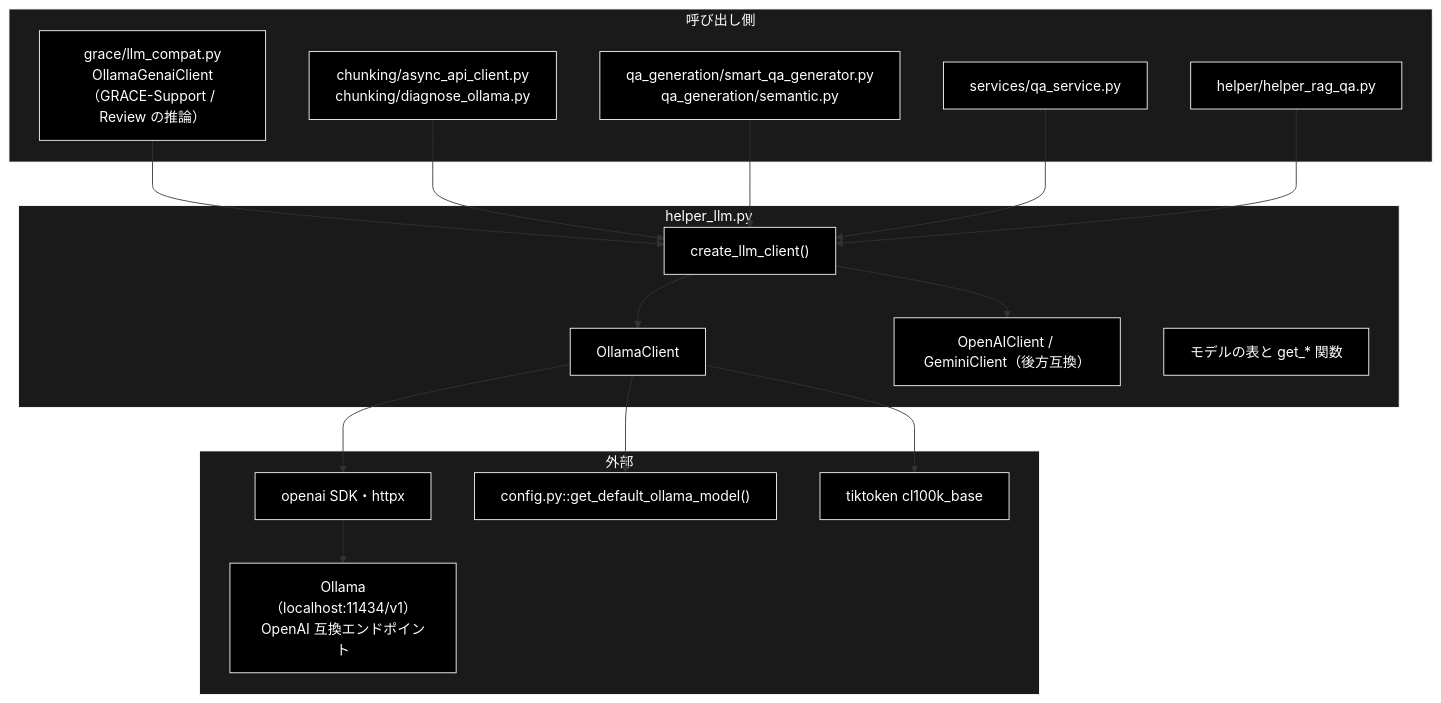
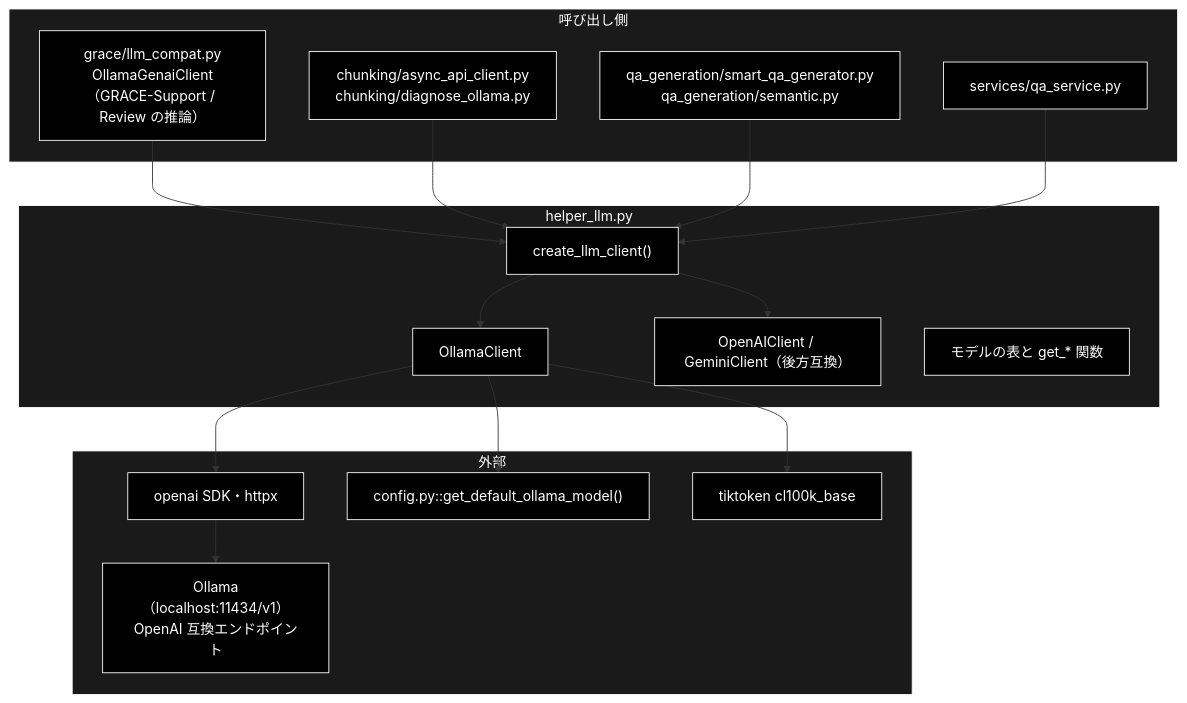
Before and after one commit to nakashima2toshio/grace_v2_local: the first of 3 diagrams in helper/docs/helper_llm.md, drawn with Mermaid. The commit also changed other lines of this file and 41 other files, not shown here.

````diff
--- a/helper/docs/helper_llm.md
+++ b/helper/docs/helper_llm.md
@@ -70,42 +70,40 @@
 ```mermaid
 flowchart TB
     subgraph CALLER["呼び出し側"]
         LC["grace/llm_compat.py<br>OllamaGenaiClient（GRACE-Support / Review の推論）"]
         CHK["chunking/async_api_client.py<br>chunking/diagnose_ollama.py"]
         SQA["qa_generation/smart_qa_generator.py<br>qa_generation/semantic.py"]
         QAS["services/qa_service.py"]
-        RQA["helper/helper_rag_qa.py"]
     end
 
     subgraph MODULE["helper_llm.py"]
         FAC["create_llm_client()"]
         OLL["OllamaClient"]
         OAI["OpenAIClient / GeminiClient（後方互換）"]
         TBL["モデルの表と get_* 関数"]
     end
 
     subgraph EXTERNAL["外部"]
         OLA["Ollama（localhost:11434/v1）<br>OpenAI 互換エンドポイント"]
         SDK["openai SDK・httpx"]
         CFG["config.py::get_default_ollama_model()"]
         TIK["tiktoken cl100k_base"]
     end
 
     LC --> FAC
     CHK --> FAC
     SQA --> FAC
     QAS --> FAC
-    RQA --> FAC
     FAC --> OLL
     FAC --> OAI
     OLL --> SDK
     SDK --> OLA
     OLL --> CFG
     OLL --> TIK
 classDef default fill:#000,stroke:#fff,color:#fff
 classDef subgraphStyle fill:#1a1a1a,stroke:#fff,color:#fff
-class LC,CHK,SQA,QAS,RQA,FAC,OLL,OAI,TBL,OLA,SDK,CFG,TIK default
+class LC,CHK,SQA,QAS,FAC,OLL,OAI,TBL,OLA,SDK,CFG,TIK default
 style CALLER fill:#1a1a1a,stroke:#fff,color:#fff
 style MODULE fill:#1a1a1a,stroke:#fff,color:#fff
 style EXTERNAL fill:#1a1a1a,stroke:#fff,color:#fff
 ```
````
